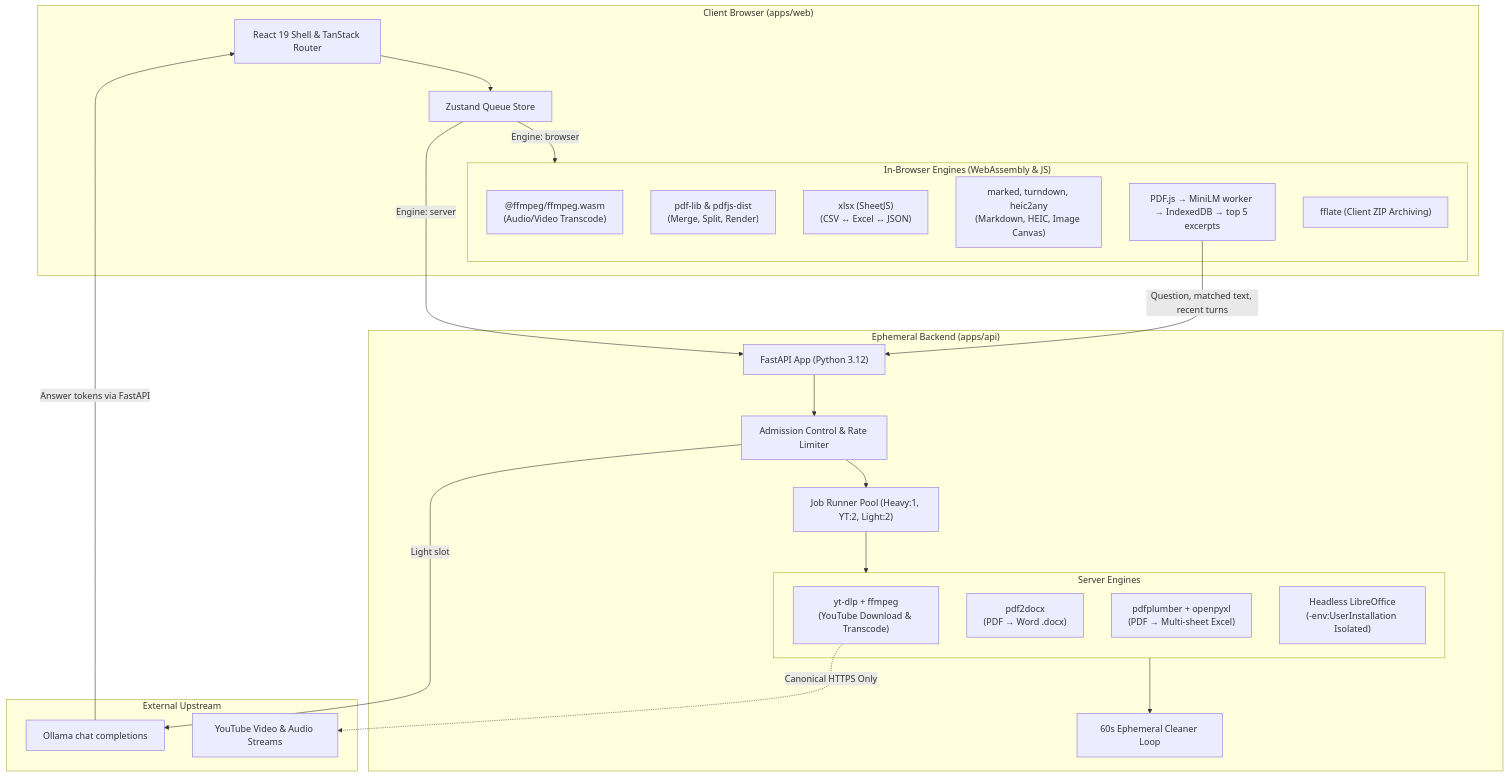
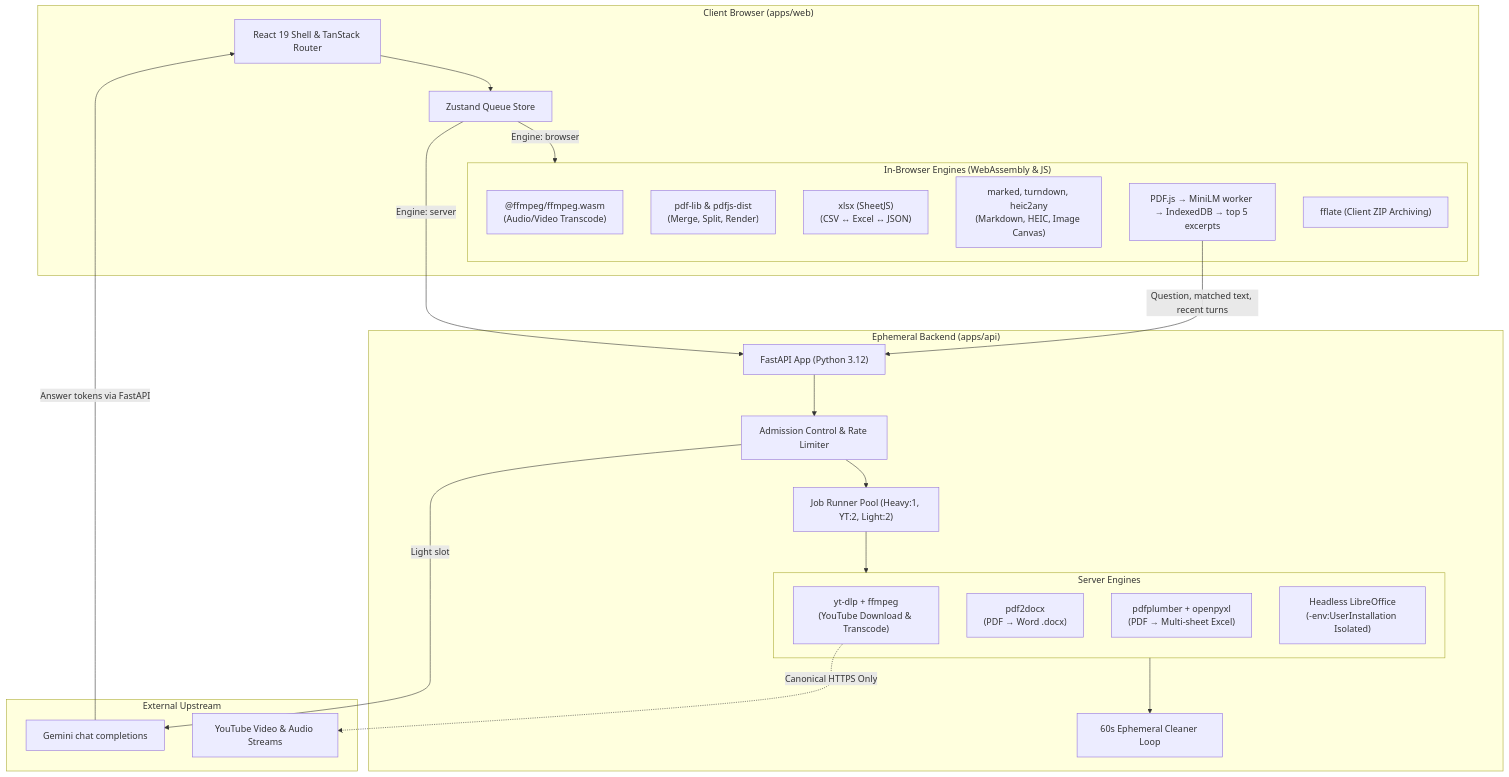
The diagram in README.md (Joel-Joseph-George/convert-it), drawn with Mermaid before and after one commit. The commit also changed other lines of this file and 11 other files, not shown here.

Commit message:
Switch PDF chat generation to Google Gemini

````diff
--- a/README.md
+++ b/README.md
@@ -40,47 +40,47 @@
 ```mermaid
 flowchart TD
     subgraph Client ["Client Browser (apps/web)"]
         UI["React 19 Shell & TanStack Router"]
         QueueStore["Zustand Queue Store"]
         
         subgraph BrowserEngines ["In-Browser Engines (WebAssembly & JS)"]
             WASM["@ffmpeg/ffmpeg.wasm\n(Audio/Video Transcode)"]
             PDFJS["pdf-lib & pdfjs-dist\n(Merge, Split, Render)"]
             SheetJS["xlsx (SheetJS)\n(CSV ↔ Excel ↔ JSON)"]
             TextImg["marked, turndown, heic2any\n(Markdown, HEIC, Image Canvas)"]
             PDFChat["PDF.js → MiniLM worker → IndexedDB → top 5 excerpts"]
             Zip["fflate (Client ZIP Archiving)"]
         end
     end
 
     subgraph Backend ["Ephemeral Backend (apps/api)"]
         FastAPI["FastAPI App (Python 3.12)"]
         Admission["Admission Control & Rate Limiter"]
         WorkerPool["Job Runner Pool (Heavy:1, YT:2, Light:2)"]
         DiskCleaner["60s Ephemeral Cleaner Loop"]
         
         subgraph ServerEngines ["Server Engines"]
             YTDLP["yt-dlp + ffmpeg\n(YouTube Download & Transcode)"]
             PDF2DOCX["pdf2docx\n(PDF → Word .docx)"]
             PDFPlumber["pdfplumber + openpyxl\n(PDF → Multi-sheet Excel)"]
             LibreOffice["Headless LibreOffice\n(-env:UserInstallation Isolated)"]
         end
     end
 
     subgraph External ["External Upstream"]
-        Ollama["Ollama chat completions"]
+        Gemini["Gemini chat completions"]
         YouTube["YouTube Video & Audio Streams"]
     end
 
     UI --> QueueStore
     QueueStore -- "Engine: browser" --> BrowserEngines
     QueueStore -- "Engine: server" --> FastAPI
     
     FastAPI --> Admission --> WorkerPool
     WorkerPool --> ServerEngines
     YTDLP -. "Canonical HTTPS Only" .-> YouTube
     PDFChat -- "Question, matched text, recent turns" --> FastAPI
-    Admission -- "Light slot" --> Ollama
-    Ollama -- "Answer tokens via FastAPI" --> UI
+    Admission -- "Light slot" --> Gemini
+    Gemini -- "Answer tokens via FastAPI" --> UI
     ServerEngines --> DiskCleaner
 ```
````
